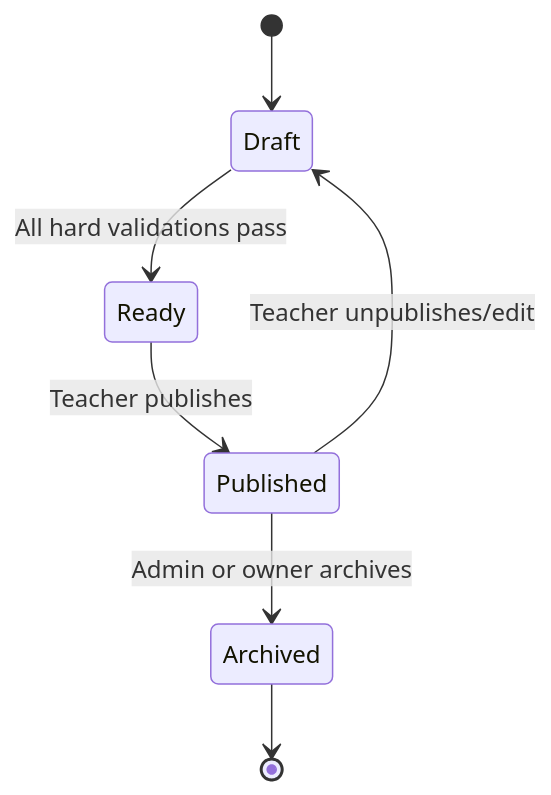
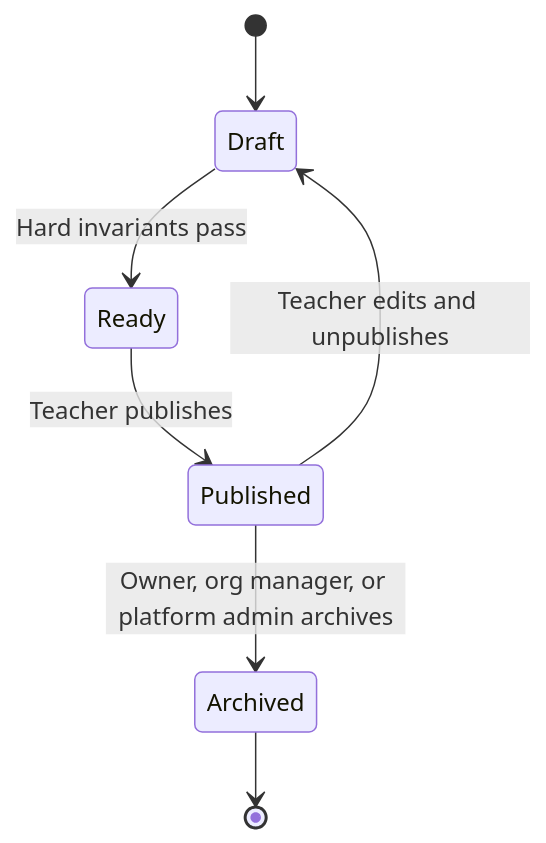
Before and after one commit to smontes-profe/program-planner: the fourth of 4 diagrams in docs/DIAGRAMS.md, drawn with Mermaid. The commit also changed other lines of this file and 5 other files, not shown here.

````diff
--- a/docs/DIAGRAMS.md
+++ b/docs/DIAGRAMS.md
@@ -91,9 +146,9 @@
 ```mermaid
 stateDiagram-v2
     [*] --> Draft
-    Draft --> Ready: All hard validations pass
+    Draft --> Ready: Hard invariants pass
     Ready --> Published: Teacher publishes
-    Published --> Draft: Teacher unpublishes/edit
-    Published --> Archived: Admin or owner archives
+    Published --> Draft: Teacher edits and unpublishes
+    Published --> Archived: Owner, org manager, or platform admin archives
     Archived --> [*]
 ```
````
